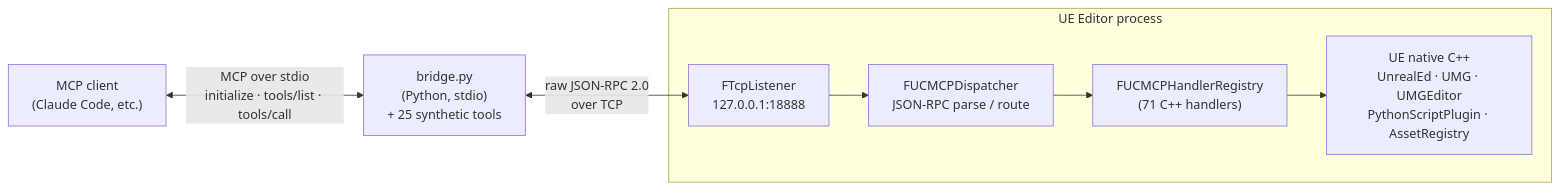
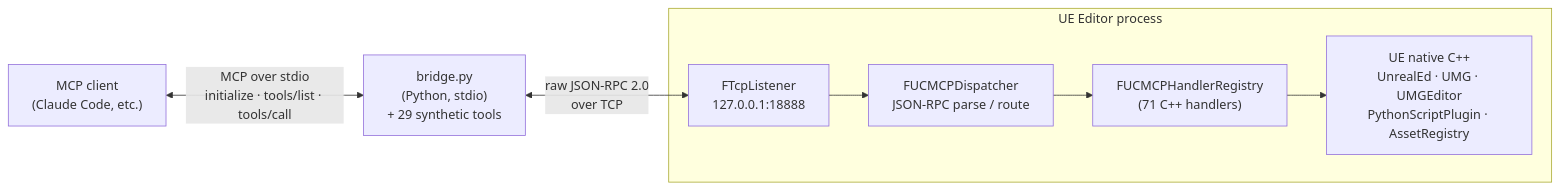
One commit to daveCode-dot/UnrealClaudeMCP changed the first of 2 diagrams in docs/ARCHITECTURE.md. Above: the diagram before and after it, drawn with Mermaid. The commit also changed 12 other files, not shown here.

First line of the commit message:
feat(bridge): Wave D — 4 utility synthetic tools (96 → 100) — TARGET HIT (#169)

````diff
--- a/docs/ARCHITECTURE.md
+++ b/docs/ARCHITECTURE.md
@@ -5,18 +5,18 @@
 ```mermaid
 flowchart LR
     Client["MCP client<br/>(Claude Code, etc.)"]
-    Bridge["bridge.py<br/>(Python, stdio)<br/>+ 25 synthetic tools"]
+    Bridge["bridge.py<br/>(Python, stdio)<br/>+ 29 synthetic tools"]
 
     subgraph UE["UE Editor process"]
         TCP["FTcpListener<br/>127.0.0.1:18888"]
         Disp["FUCMCPDispatcher<br/>JSON-RPC parse / route"]
         Reg["FUCMCPHandlerRegistry<br/>(71 C++ handlers)"]
         Native["UE native C++<br/>UnrealEd · UMG · UMGEditor<br/>PythonScriptPlugin · AssetRegistry"]
     end
 
     Client <-->|"MCP over stdio<br/>initialize · tools/list · tools/call"| Bridge
     Bridge <-->|"raw JSON-RPC 2.0<br/>over TCP"| TCP
     TCP --> Disp
     Disp --> Reg
     Reg --> Native
 ```
````
